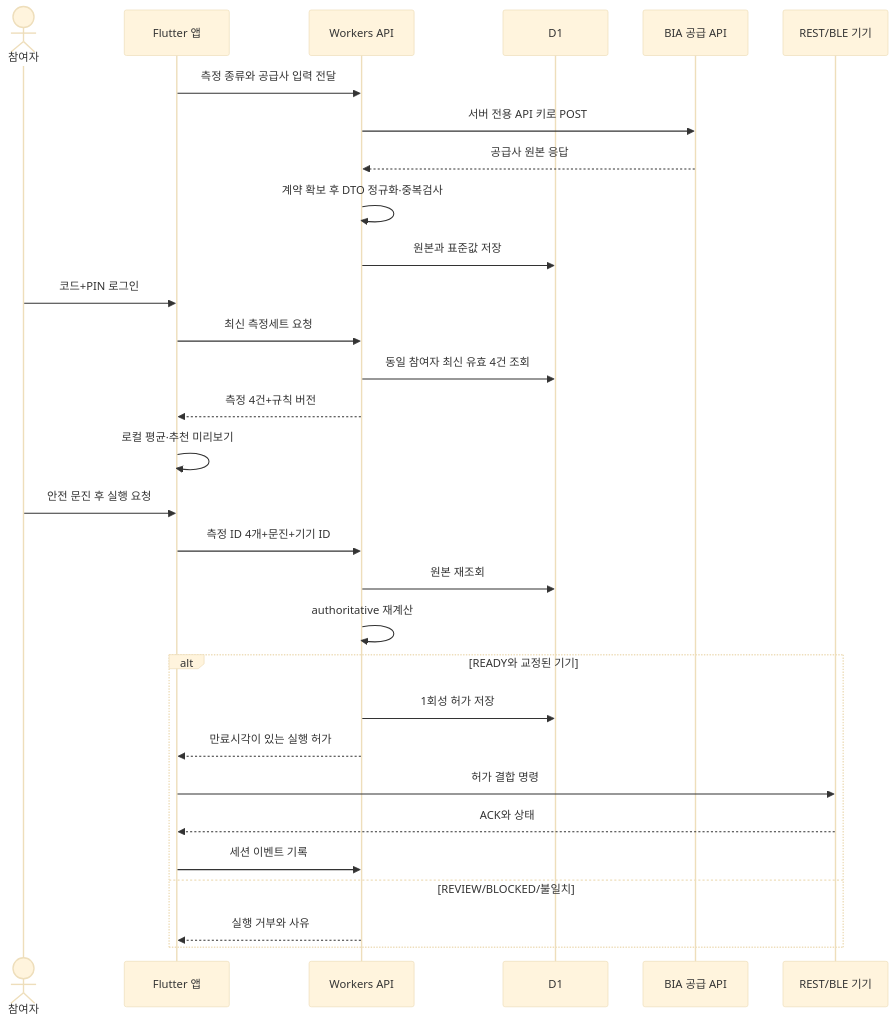
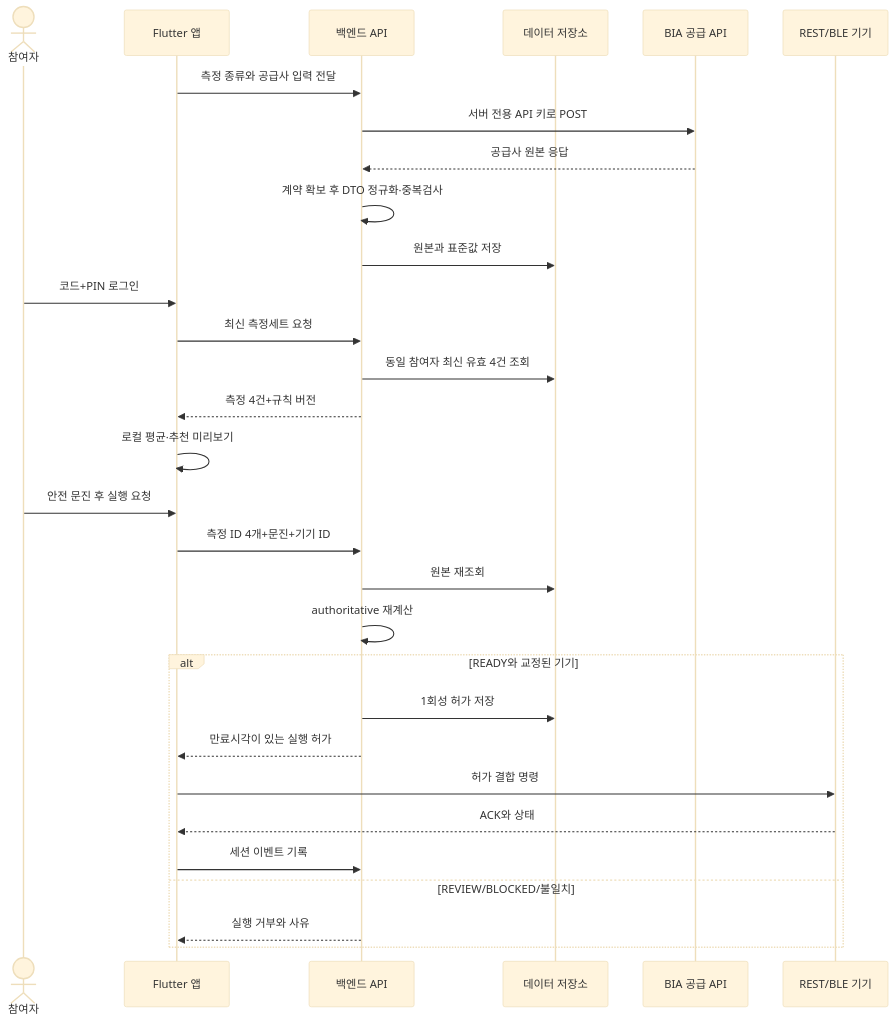
The second of 4 diagrams in docs/architecture.md (Dowon-Kang/vibecare-pilot), drawn with Mermaid (base theme) before and after one commit. The commit also changed other lines of this file and 127 other files, not shown here.

````diff
--- a/docs/architecture.md
+++ b/docs/architecture.md
@@ -28,33 +28,33 @@
 ```mermaid
 sequenceDiagram
     actor User as 참여자
     participant App as Flutter 앱
-    participant API as Workers API
-    participant DB as D1
+    participant API as 백엔드 API
+    participant DB as 데이터 저장소
     participant BIA as BIA 공급 API
     participant Dev as REST/BLE 기기
 
     App->>API: 측정 종류와 공급사 입력 전달
     API->>BIA: 서버 전용 API 키로 POST
     BIA-->>API: 공급사 원본 응답
     API->>API: 계약 확보 후 DTO 정규화·중복검사
     API->>DB: 원본과 표준값 저장
     User->>App: 코드+PIN 로그인
     App->>API: 최신 측정세트 요청
     API->>DB: 동일 참여자 최신 유효 4건 조회
     API-->>App: 측정 4건+규칙 버전
     App->>App: 로컬 평균·추천 미리보기
     User->>App: 안전 문진 후 실행 요청
     App->>API: 측정 ID 4개+문진+기기 ID
     API->>DB: 원본 재조회
     API->>API: authoritative 재계산
     alt READY와 교정된 기기
         API->>DB: 1회성 허가 저장
         API-->>App: 만료시각이 있는 실행 허가
         App->>Dev: 허가 결합 명령
         Dev-->>App: ACK와 상태
         App->>API: 세션 이벤트 기록
     else REVIEW/BLOCKED/불일치
         API-->>App: 실행 거부와 사유
     end
 ```
````
